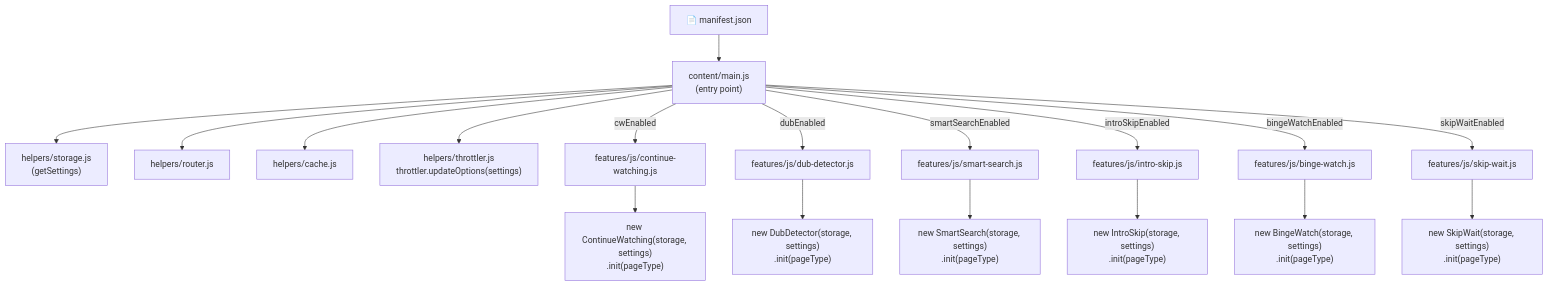
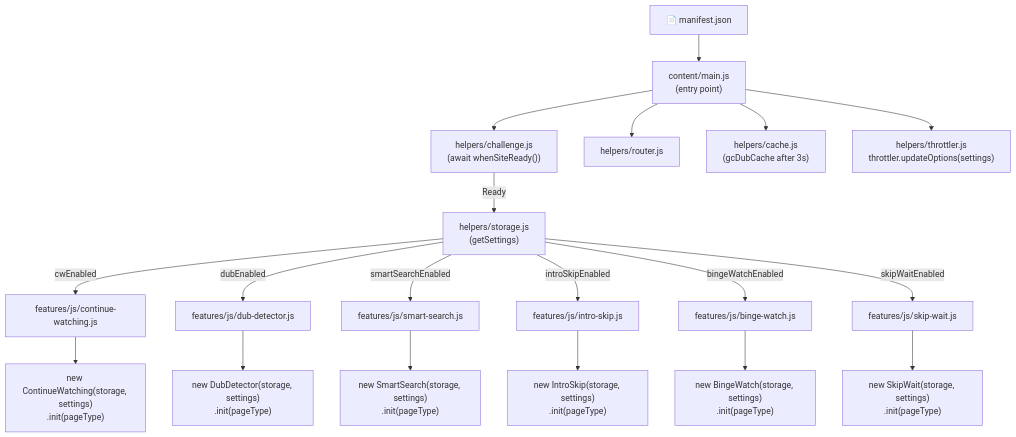
The first of 5 diagrams in docs/ARCHITECTURE.md (abdullahkhfb/animepahe-enhancer), drawn with Mermaid before and after one commit. The commit also changed other lines of this file and 41 other files, not shown here.

````diff
--- a/docs/ARCHITECTURE.md
+++ b/docs/ARCHITECTURE.md
@@ -123,20 +127,32 @@
 ```mermaid
 flowchart TD
-    MF["📄 manifest.json"] --> CM["content/main.js\n(entry point)"]
-    CM --> HS["helpers/storage.js\n(getSettings)"]
+    MF["📄 manifest.json"] --> CM["content/main.js
+(entry point)"]
+    CM --> CH["helpers/challenge.js
+(await whenSiteReady())"]
+    CH -->|Ready| HS["helpers/storage.js
+(getSettings)"]
     CM --> HR["helpers/router.js"]
-    CM --> HCache["helpers/cache.js"]
-    CM --> TH["helpers/throttler.js\nthrottler.updateOptions(settings)"]
-    CM -->|cwEnabled| CW["features/js/continue-watching.js"]
-    CM -->|dubEnabled| DD["features/js/dub-detector.js"]
-    CM -->|smartSearchEnabled| SS["features/js/smart-search.js"]
-    CM -->|introSkipEnabled| IS["features/js/intro-skip.js"]
-    CM -->|bingeWatchEnabled| BW["features/js/binge-watch.js"]
-    CM -->|skipWaitEnabled| SW["features/js/skip-wait.js"]
-    CW --> CWI["new ContinueWatching(storage, settings)\n.init(pageType)"]
-    DD --> DDI["new DubDetector(storage, settings)\n.init(pageType)"]
-    SS --> SSI["new SmartSearch(storage, settings)\n.init(pageType)"]
-    IS --> ISI["new IntroSkip(storage, settings)\n.init(pageType)"]
-    BW --> BWI["new BingeWatch(storage, settings)\n.init(pageType)"]
-    SW --> SWI["new SkipWait(storage, settings)\n.init(pageType)"]
+    CM --> HCache["helpers/cache.js
+(gcDubCache after 3s)"]
+    CM --> TH["helpers/throttler.js
+throttler.updateOptions(settings)"]
+    HS -->|cwEnabled| CW["features/js/continue-watching.js"]
+    HS -->|dubEnabled| DD["features/js/dub-detector.js"]
+    HS -->|smartSearchEnabled| SS["features/js/smart-search.js"]
+    HS -->|introSkipEnabled| IS["features/js/intro-skip.js"]
+    HS -->|bingeWatchEnabled| BW["features/js/binge-watch.js"]
+    HS -->|skipWaitEnabled| SW["features/js/skip-wait.js"]
+    CW --> CWI["new ContinueWatching(storage, settings)
+.init(pageType)"]
+    DD --> DDI["new DubDetector(storage, settings)
+.init(pageType)"]
+    SS --> SSI["new SmartSearch(storage, settings)
+.init(pageType)"]
+    IS --> ISI["new IntroSkip(storage, settings)
+.init(pageType)"]
+    BW --> BWI["new BingeWatch(storage, settings)
+.init(pageType)"]
+    SW --> SWI["new SkipWait(storage, settings)
+.init(pageType)"]
 ```
````
